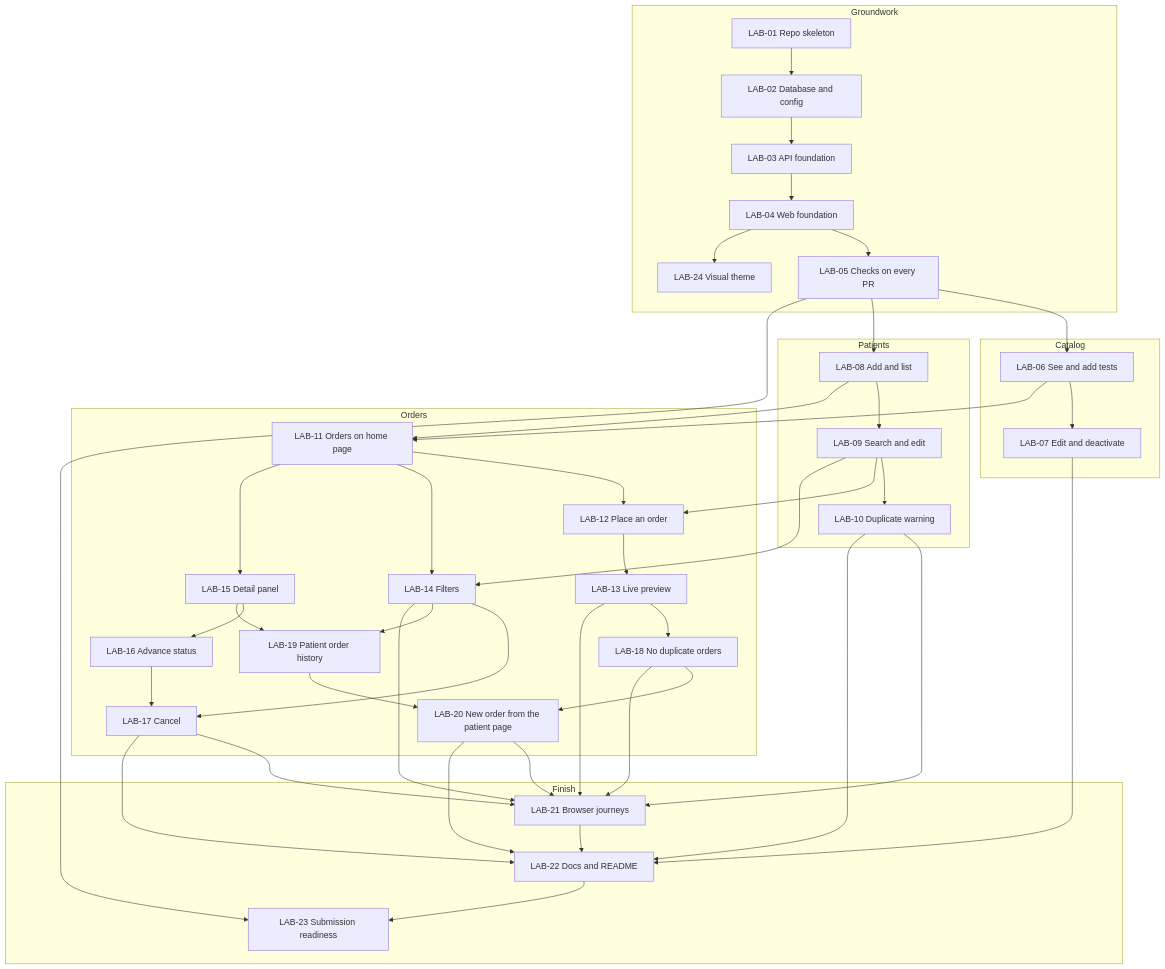
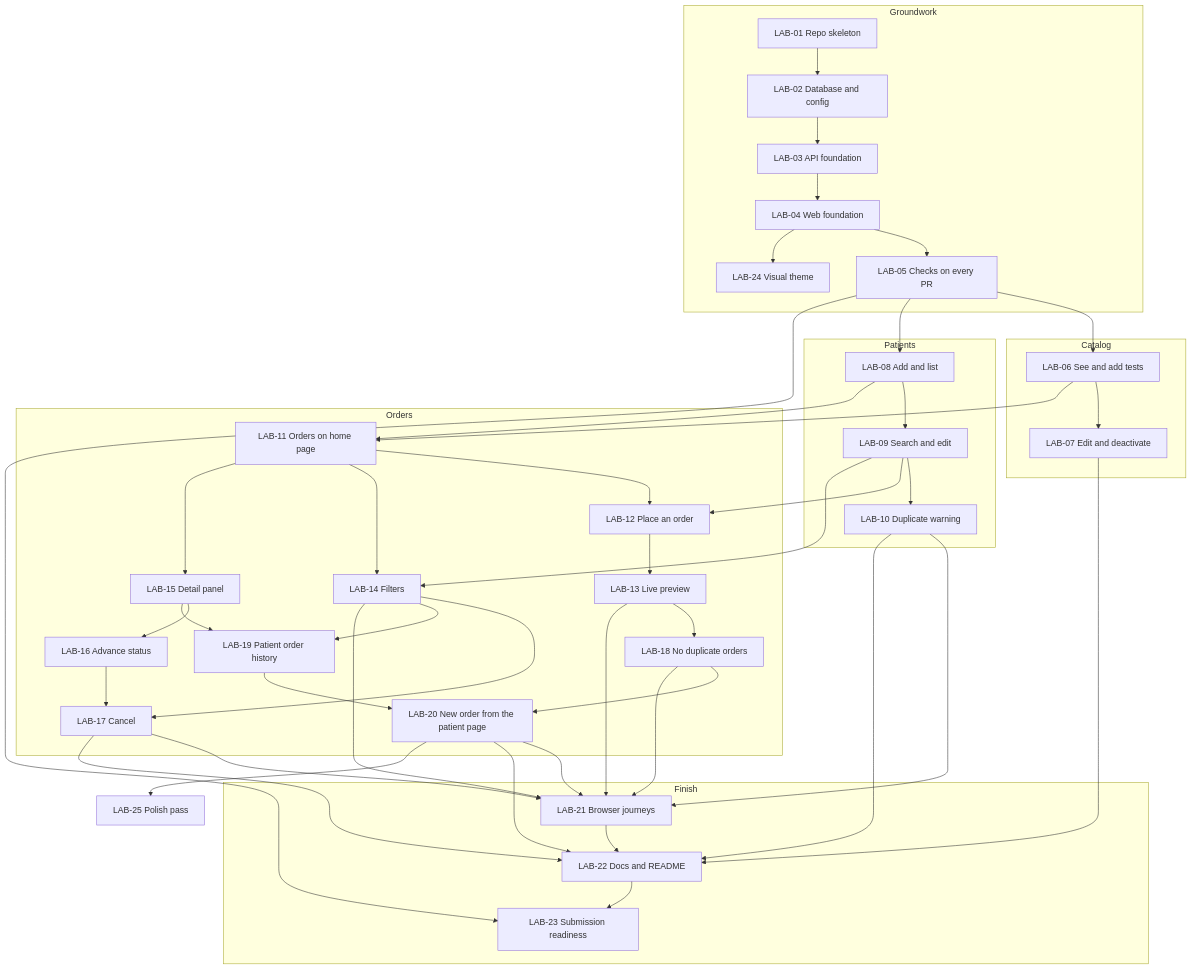
Before and after one commit to spencerolsen/eh-lab-orders-lite: the diagram in docs/plan/README.md, drawn with Mermaid.

Commit message:
Add LAB-25 to the dependency diagram

````diff
--- a/docs/plan/README.md
+++ b/docs/plan/README.md
@@ -77,57 +77,58 @@
 ```mermaid
 flowchart TD
   subgraph Groundwork
     L01[LAB-01 Repo skeleton] --> L02[LAB-02 Database and config]
     L02 --> L03[LAB-03 API foundation]
     L03 --> L04[LAB-04 Web foundation]
     L04 --> L05[LAB-05 Checks on every PR]
     L04 --> L24[LAB-24 Visual theme]
   end
 
   subgraph Catalog
     L06[LAB-06 See and add tests] --> L07[LAB-07 Edit and deactivate]
   end
 
   subgraph Patients
     L08[LAB-08 Add and list] --> L09[LAB-09 Search and edit]
     L09 --> L10[LAB-10 Duplicate warning]
   end
 
   subgraph Orders
     L11[LAB-11 Orders on home page] --> L12[LAB-12 Place an order]
     L12 --> L13[LAB-13 Live preview]
     L13 --> L18[LAB-18 No duplicate orders]
     L11 --> L14[LAB-14 Filters]
     L11 --> L15[LAB-15 Detail panel]
     L15 --> L16[LAB-16 Advance status]
     L16 --> L17[LAB-17 Cancel]
     L14 --> L17
     L14 --> L19[LAB-19 Patient order history]
     L15 --> L19
     L18 --> L20[LAB-20 New order from the patient page]
     L19 --> L20
   end
 
   subgraph Finish
     L21[LAB-21 Browser journeys] --> L22[LAB-22 Docs and README]
     L22 --> L23[LAB-23 Submission readiness]
   end
 
   L05 --> L06
   L05 --> L08
   L06 --> L11
   L08 --> L11
   L09 --> L12
   L09 --> L14
   L10 --> L21
   L13 --> L21
   L14 --> L21
   L17 --> L21
   L18 --> L21
   L20 --> L21
   L07 --> L22
   L10 --> L22
   L17 --> L22
   L20 --> L22
   L05 --> L23
+  L20 --> L25[LAB-25 Polish pass]
 ```
````
